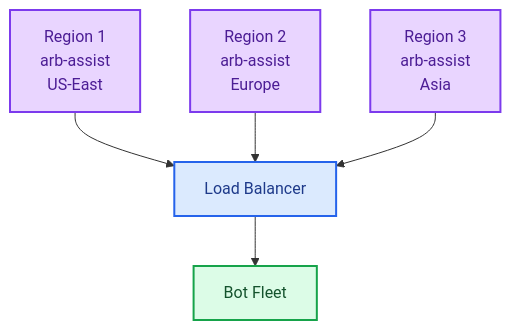
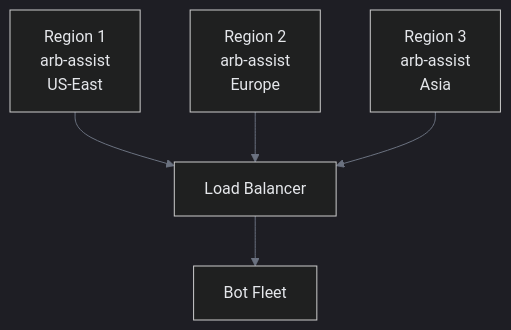
The diagram in docs/advanced-features/performance.md (capicua4454/arb-assist), drawn with Mermaid before and after one commit. The commit also changed 2 other files, not shown here.

Commit message:
Fix Mermaid dark mode with proper GitBook syntax
- Used %%{ init: ... }%% directive as recommended by GitBook
- Set theme to 'dark' with dark background (#1e1e1e)
- Configured all text and line colors to be light for visibility
- This should finally fix the white background issue in dark mode

````diff
--- a/docs/advanced-features/performance.md
+++ b/docs/advanced-features/performance.md
@@ -387,21 +387,14 @@
 ```mermaid
+%%{ init: { 'theme': 'dark', 'themeVariables': { 'background': '#1e1e1e', 'primaryColor': '#374151', 'primaryTextColor': '#e5e7eb', 'primaryBorderColor': '#6b7280', 'lineColor': '#6b7280', 'secondaryColor': '#1f2937', 'tertiaryColor': '#111827', 'textColor': '#e5e7eb' } } }%%
 graph TD
     R1[Region 1<br/>arb-assist<br/>US-East]
     R2[Region 2<br/>arb-assist<br/>Europe]
     R3[Region 3<br/>arb-assist<br/>Asia]
     LB[Load Balancer]
     BF[Bot Fleet]
     
     R1 --> LB
     R2 --> LB
     R3 --> LB
     LB --> BF
-    
-    classDef region fill:#e9d5ff,stroke:#7c3aed,stroke-width:2px,color:#4c1d95
-    classDef infra fill:#dbeafe,stroke:#2563eb,stroke-width:2px,color:#1e3a8a
-    classDef fleet fill:#dcfce7,stroke:#16a34a,stroke-width:2px,color:#14532d
-    
-    class R1,R2,R3 region
-    class LB infra
-    class BF fleet
 ```
````
